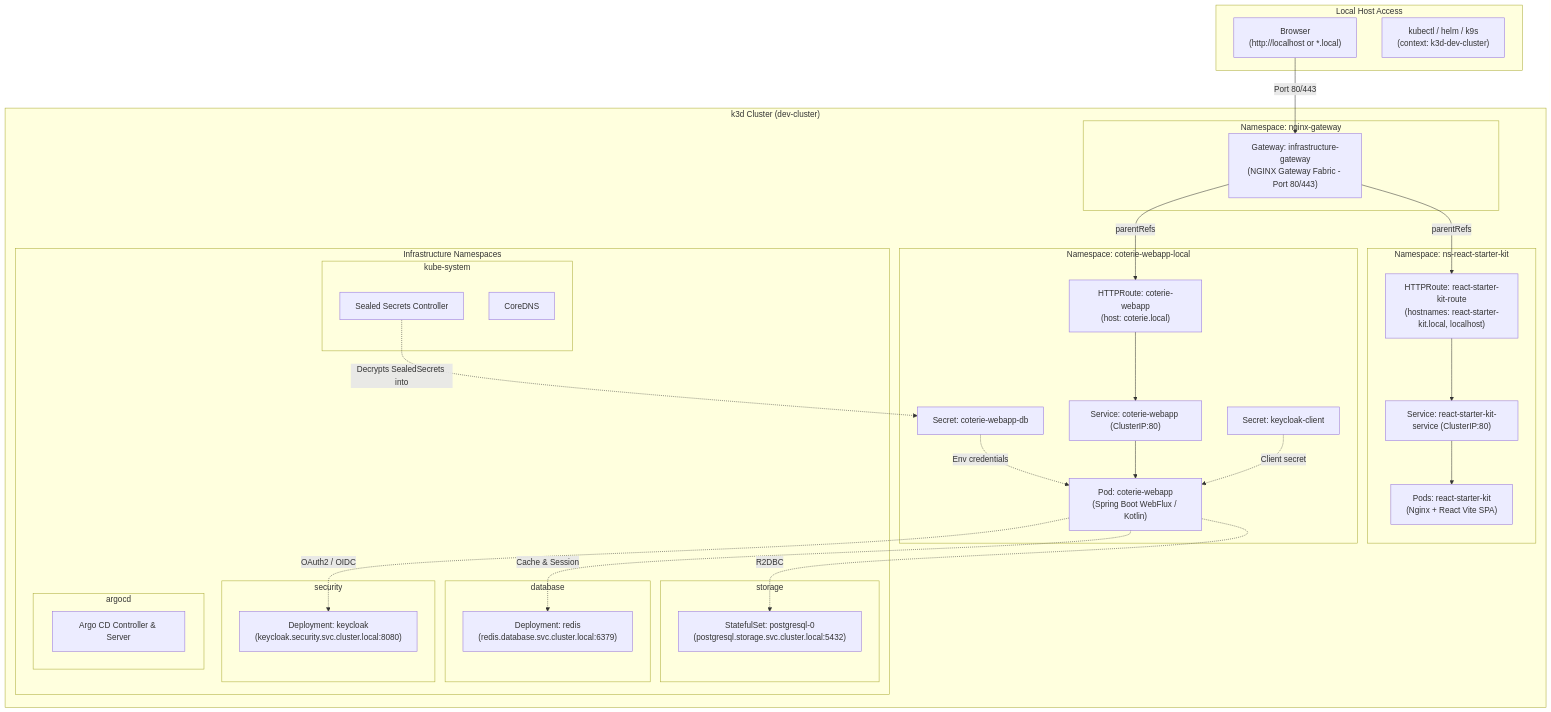
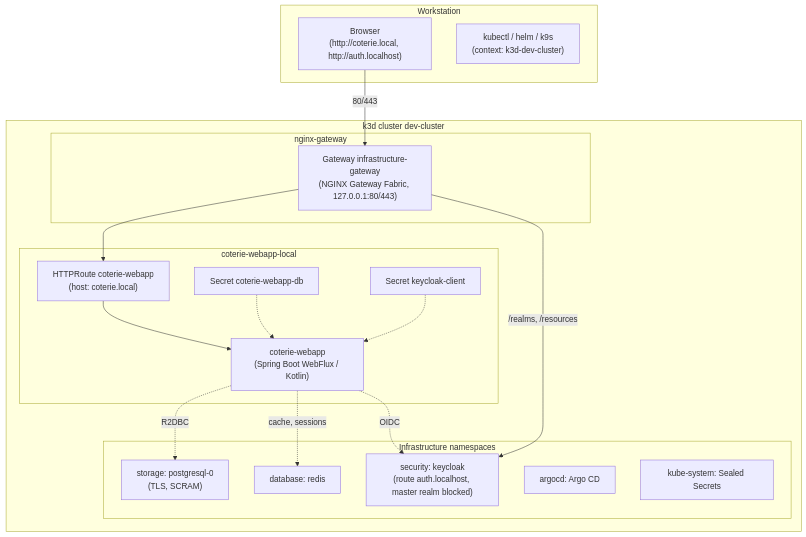
The diagram in local/README.md (DevDeNiro/k3s-stack), drawn with Mermaid before and after one commit. The commit also changed other lines of this file and 103 other files, not shown here.

````diff
--- a/local/README.md
+++ b/local/README.md
@@ -11,60 +11,37 @@
 ```mermaid
 flowchart TB
-    subgraph Client["Local Host Access"]
-        Browser["Browser\n(http://localhost or *.local)"]
+    subgraph Client["Workstation"]
+        Browser["Browser\n(http://coterie.local, http://auth.localhost)"]
         KubeCli["kubectl / helm / k9s\n(context: k3d-dev-cluster)"]
     end
 
-    subgraph K3d["k3d Cluster (dev-cluster)"]
-        subgraph NS_Gateway["Namespace: nginx-gateway"]
-            IGW["Gateway: infrastructure-gateway\n(NGINX Gateway Fabric - Port 80/443)"]
+    subgraph K3d["k3d cluster dev-cluster"]
+        subgraph NS_Gateway["nginx-gateway"]
+            IGW["Gateway infrastructure-gateway\n(NGINX Gateway Fabric, 127.0.0.1:80/443)"]
         end
 
-        subgraph NS_Frontend["Namespace: ns-react-starter-kit"]
-            RouteReact["HTTPRoute: react-starter-kit-route\n(hostnames: react-starter-kit.local, localhost)"]
-            SvcReact["Service: react-starter-kit-service (ClusterIP:80)"]
-            PodReact["Pods: react-starter-kit\n(Nginx + React Vite SPA)"]
+        subgraph NS_App["coterie-webapp-local"]
+            RouteCoterie["HTTPRoute coterie-webapp\n(host: coterie.local)"]
+            PodCoterie["coterie-webapp\n(Spring Boot WebFlux / Kotlin)"]
+            SecDB["Secret coterie-webapp-db"]
+            SecKC["Secret keycloak-client"]
         end
 
-        subgraph NS_Backend["Namespace: coterie-webapp-local"]
-            RouteCoterie["HTTPRoute: coterie-webapp\n(host: coterie.local)"]
-            SvcCoterie["Service: coterie-webapp (ClusterIP:80)"]
-            PodCoterie["Pod: coterie-webapp\n(Spring Boot WebFlux / Kotlin)"]
-            SecDB["Secret: coterie-webapp-db"]
-            SecKC["Secret: keycloak-client"]
-        end
-
-        subgraph NS_Infra["Infrastructure Namespaces"]
-            subgraph NS_Storage["storage"]
-                PG["StatefulSet: postgresql-0\n(postgresql.storage.svc.cluster.local:5432)"]
-            end
-            subgraph NS_Database["database"]
-                Redis["Deployment: redis\n(redis.database.svc.cluster.local:6379)"]
-            end
-            subgraph NS_Security["security"]
-                KC["Deployment: keycloak\n(keycloak.security.svc.cluster.local:8080)"]
-            end
-            subgraph NS_GitOps["argocd"]
-                Argo["Argo CD Controller & Server"]
-            end
-            subgraph NS_System["kube-system"]
-                SS["Sealed Secrets Controller"]
-                DNS["CoreDNS"]
-            end
+        subgraph NS_Infra["Infrastructure namespaces"]
+            PG["storage: postgresql-0\n(TLS, SCRAM)"]
+            Redis["database: redis"]
+            KC["security: keycloak\n(route auth.localhost, master realm blocked)"]
+            Argo["argocd: Argo CD"]
+            SS["kube-system: Sealed Secrets"]
         end
     end
 
-    Browser -->|Port 80/443| IGW
-    IGW -->|parentRefs| RouteReact
-    IGW -->|parentRefs| RouteCoterie
-    RouteReact --> SvcReact --> PodReact
-    RouteCoterie --> SvcCoterie --> PodCoterie
-
+    Browser -->|80/443| IGW
+    IGW --> RouteCoterie --> PodCoterie
+    IGW -->|/realms, /resources| KC
     PodCoterie -.->|R2DBC| PG
-    PodCoterie -.->|Cache & Session| Redis
-    PodCoterie -.->|OAuth2 / OIDC| KC
-
-    SecDB -.->|Env credentials| PodCoterie
-    SecKC -.->|Client secret| PodCoterie
-    SS -.->|Decrypts SealedSecrets into| SecDB
+    PodCoterie -.->|cache, sessions| Redis
+    PodCoterie -.->|OIDC| KC
+    SecDB -.-> PodCoterie
+    SecKC -.-> PodCoterie
 ```
````
